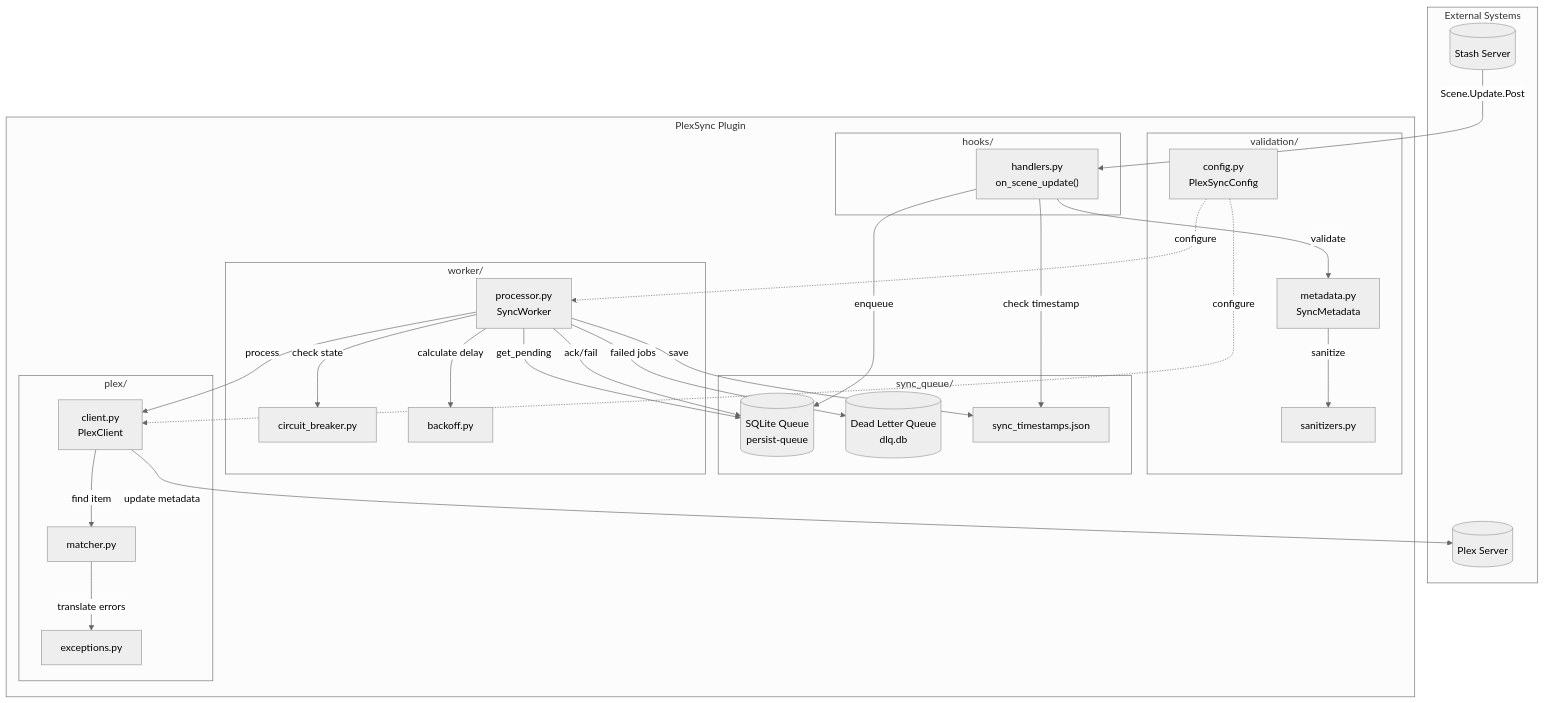
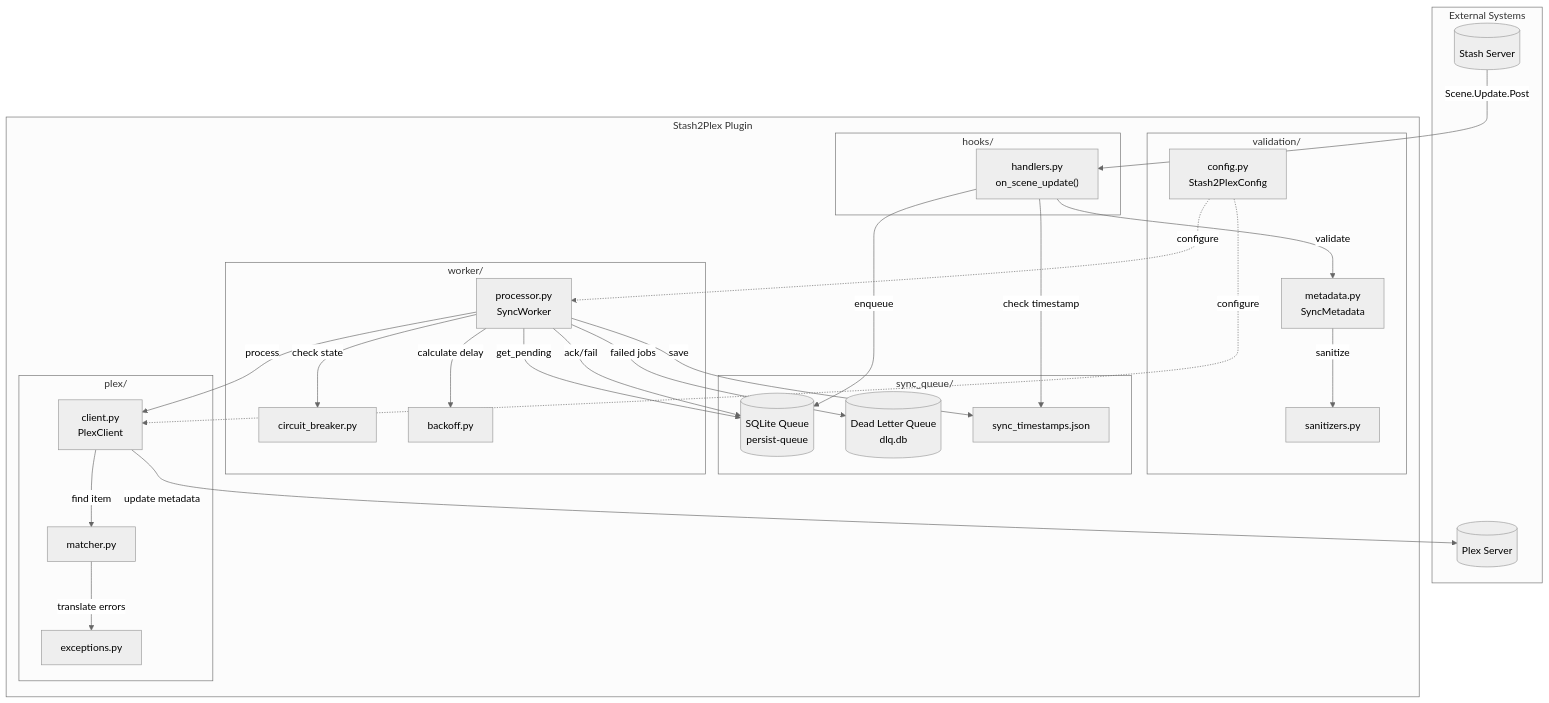
One commit to trek-e/Stash2Plex changed the diagram in docs/ARCHITECTURE.md. Above: the diagram before and after it, drawn with Mermaid (neutral theme). The commit also changed other lines of this file and 37 other files, not shown here.

First line of the commit message:
feat: rename PlexSync to Stash2Plex

````diff
--- a/docs/ARCHITECTURE.md
+++ b/docs/ARCHITECTURE.md
@@ -13,62 +13,62 @@
 ```mermaid
 graph TB
     subgraph External["External Systems"]
         STASH[("Stash Server")]
         PLEX[("Plex Server")]
     end
 
-    subgraph PlexSync["PlexSync Plugin"]
+    subgraph Stash2Plex["Stash2Plex Plugin"]
         subgraph hooks["hooks/"]
             HANDLER["handlers.py<br/>on_scene_update()"]
         end
 
         subgraph validation["validation/"]
             META["metadata.py<br/>SyncMetadata"]
             SANITIZE["sanitizers.py"]
-            CONFIG["config.py<br/>PlexSyncConfig"]
+            CONFIG["config.py<br/>Stash2PlexConfig"]
         end
 
         subgraph sync_queue["sync_queue/"]
             QUEUE[("SQLite Queue<br/>persist-queue")]
             DLQ[("Dead Letter Queue<br/>dlq.db")]
             TIMESTAMPS["sync_timestamps.json"]
         end
 
         subgraph worker["worker/"]
             WORKER["processor.py<br/>SyncWorker"]
             CIRCUIT["circuit_breaker.py"]
             BACKOFF["backoff.py"]
         end
 
         subgraph plex["plex/"]
             CLIENT["client.py<br/>PlexClient"]
             MATCHER["matcher.py"]
             ERRORS["exceptions.py"]
         end
     end
 
     %% Event capture flow
     STASH -->|"Scene.Update.Post"| HANDLER
     HANDLER -->|validate| META
     META -->|sanitize| SANITIZE
     HANDLER -->|enqueue| QUEUE
     HANDLER -->|check timestamp| TIMESTAMPS
 
     %% Worker processing flow
     WORKER -->|get_pending| QUEUE
     WORKER -->|check state| CIRCUIT
     WORKER -->|calculate delay| BACKOFF
     WORKER -->|process| CLIENT
     CLIENT -->|find item| MATCHER
     MATCHER -->|translate errors| ERRORS
     CLIENT -->|update metadata| PLEX
 
     %% Completion flow
     WORKER -->|ack/fail| QUEUE
     WORKER -->|failed jobs| DLQ
     WORKER -->|save| TIMESTAMPS
 
     %% Configuration
     CONFIG -.->|configure| WORKER
     CONFIG -.->|configure| CLIENT
 ```
````
